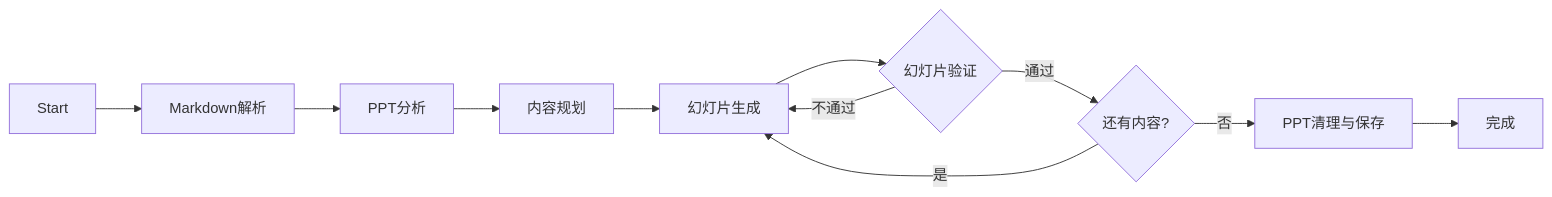
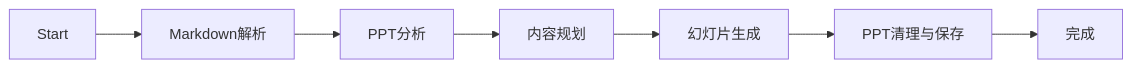
The first of 2 diagrams in docs/arch/架构设计.md (AlanHootman/ppt_assistant), drawn with Mermaid before and after one commit. The commit also changed other lines of this file and 1 other file, not shown here.

````diff
--- a/docs/arch/架构设计.md
+++ b/docs/arch/架构设计.md
@@ -232,13 +105,9 @@
 ```mermaid
 graph LR
     S[Start] --> A[Markdown解析]
     A --> B[PPT分析]
     B --> C[内容规划]
     C --> D[幻灯片生成]
-    D --> E{幻灯片验证}
-    E -->|不通过| D
-    E -->|通过| F{还有内容?}
-    F -->|是| D
-    F -->|否| G[PPT清理与保存]
-    G --> H[完成]
+    D --> E[PPT清理与保存]
+    E --> F[完成]
 ```
````
